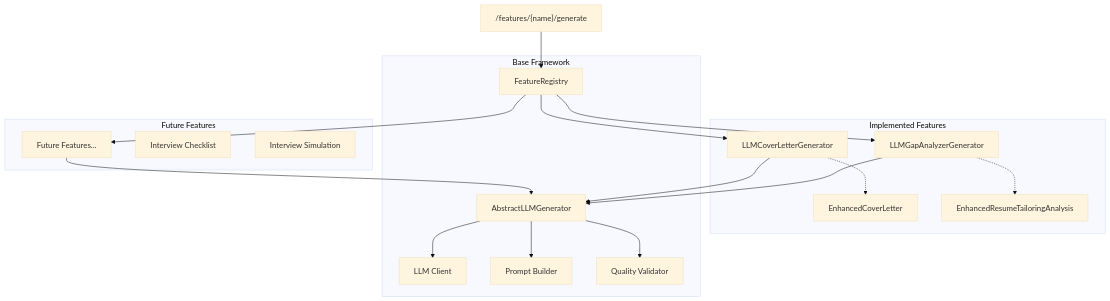
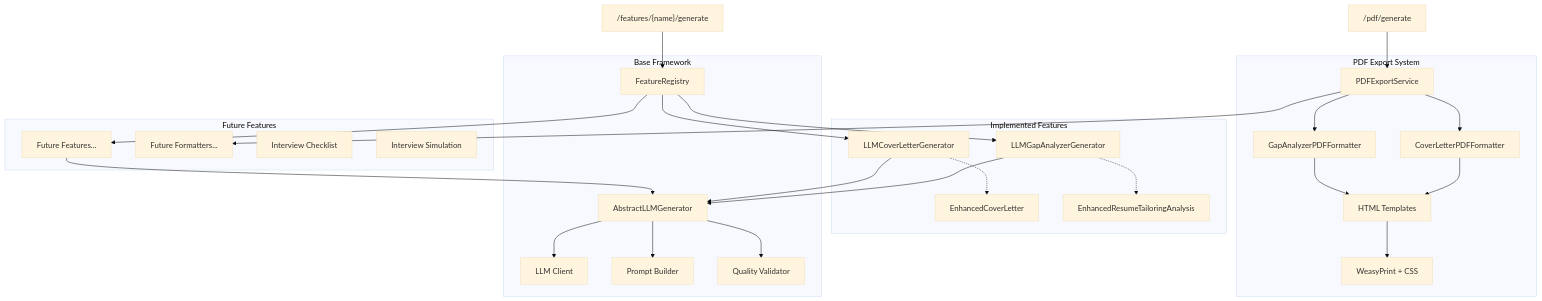
The second of 4 diagrams in docs/architecture/overview.md (Maskedxxx/refactor_gpt_4_mini_hackaton_final), drawn with Mermaid (base theme) before and after one commit. The commit also changed other lines of this file and 5 other files, not shown here.

First line of the commit message:
docs(architecture): comprehensive documentation update for PDF export system

````diff
--- a/docs/architecture/overview.md
+++ b/docs/architecture/overview.md
@@ -51,36 +53,55 @@
 ```mermaid
 graph TB
     API["/features/{name}/generate"] --> Registry[FeatureRegistry]
+    PDF_API["/pdf/generate"] --> PDFService[PDFExportService]
+    
     Registry --> CoverLetter[LLMCoverLetterGenerator]
     Registry --> GapAnalyzer[LLMGapAnalyzerGenerator]
     Registry --> Future[Future Features...]
     
     CoverLetter --> Base[AbstractLLMGenerator]
     GapAnalyzer --> Base
     Future --> Base
     
     Base --> LLM[LLM Client]
     Base --> Prompt[Prompt Builder]
     Base --> Validator[Quality Validator]
     
+    PDFService --> GAFormatter[GapAnalyzerPDFFormatter]
+    PDFService --> CLFormatter[CoverLetterPDFFormatter]
+    PDFService --> FutureFormatter[Future Formatters...]
+    
+    GAFormatter --> Templates[HTML Templates]
+    CLFormatter --> Templates
+    Templates --> WeasyPrint[WeasyPrint + CSS]
+    
     subgraph "Implemented Features"
         CoverLetter
         GapAnalyzer
         CoverLetter -.-> CL_Model[EnhancedCoverLetter]
         GapAnalyzer -.-> GA_Model[EnhancedResumeTailoringAnalysis]
+    end
+    
+    subgraph "PDF Export System"
+        PDFService
+        GAFormatter
+        CLFormatter
+        Templates
+        WeasyPrint
     end
     
     subgraph "Base Framework"
         Base
         Registry
         LLM
         Prompt
         Validator
     end
     
     subgraph "Future Features"
         Future
         Interview[Interview Checklist]
         Simulation[Interview Simulation]
+        FutureFormatter
     end
 ```
````
